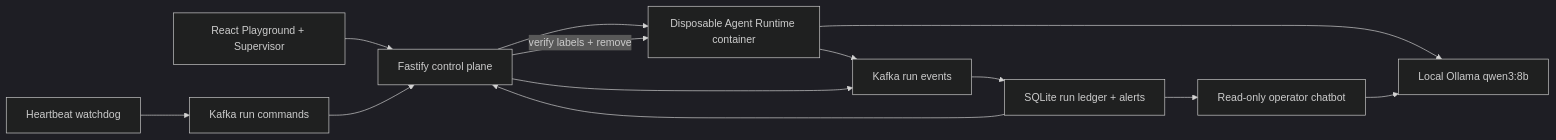
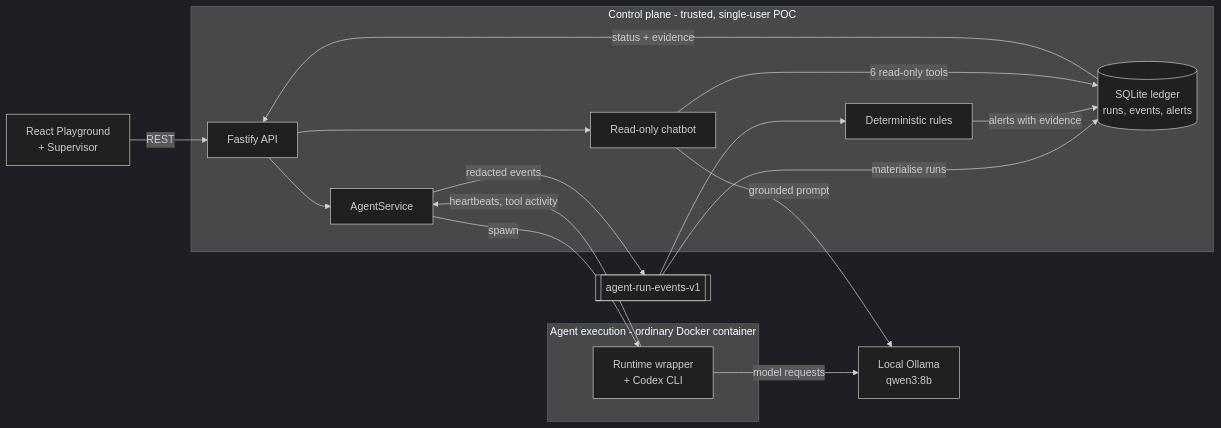
One commit to shamybamy/CodeJam changed the diagram in README.md. Above: the diagram before and after it, drawn with Mermaid (dark theme). The commit also changed other lines of this file and 7 other files, not shown here.

````diff
--- a/README.md
+++ b/README.md
@@ -246,15 +278,27 @@
 ```mermaid
 flowchart LR
-    UI["React Playground + Supervisor"] --> API["Fastify control plane"]
-    API --> Runtime["Disposable Agent Runtime container"]
-    Runtime --> Ollama["Local Ollama qwen3:8b"]
-    Runtime --> Events["Kafka run events"]
-    API --> Events
-    Events --> Ledger["SQLite run ledger + alerts"]
-    Ledger --> API
-    Watchdog["Heartbeat watchdog"] --> Commands["Kafka run commands"]
-    Commands --> API
-    API -->|verify labels + remove| Runtime
-    Ledger --> Chat["Read-only operator chatbot"]
-    Chat --> Ollama
+    UI["React Playground<br/>+ Supervisor"] -->|REST| API["Fastify API"]
+
+    subgraph Control["Control plane - trusted, single-user POC"]
+        API --> Service["AgentService"]
+        Rules["Deterministic rules"]
+        Ledger[("SQLite ledger<br/>runs, events, alerts")]
+        Chat["Read-only chatbot"]
+    end
+
+    subgraph Sandbox["Agent execution - ordinary Docker container"]
+        Runtime["Runtime wrapper<br/>+ Codex CLI"]
+    end
+
+    Service -->|spawn| Runtime
+    Runtime -->|"heartbeats, tool activity"| Service
+    Service -->|"redacted events"| Topic[["agent-run-events-v1"]]
+    Topic --> Rules
+    Topic -->|"materialise runs"| Ledger
+    Rules -->|"alerts with evidence"| Ledger
+    Ledger -->|"status + evidence"| API
+    API --> Chat
+    Chat -->|"6 read-only tools"| Ledger
+    Runtime -->|"model requests"| Ollama["Local Ollama<br/>qwen3:8b"]
+    Chat -->|"grounded prompt"| Ollama
 ```
````
